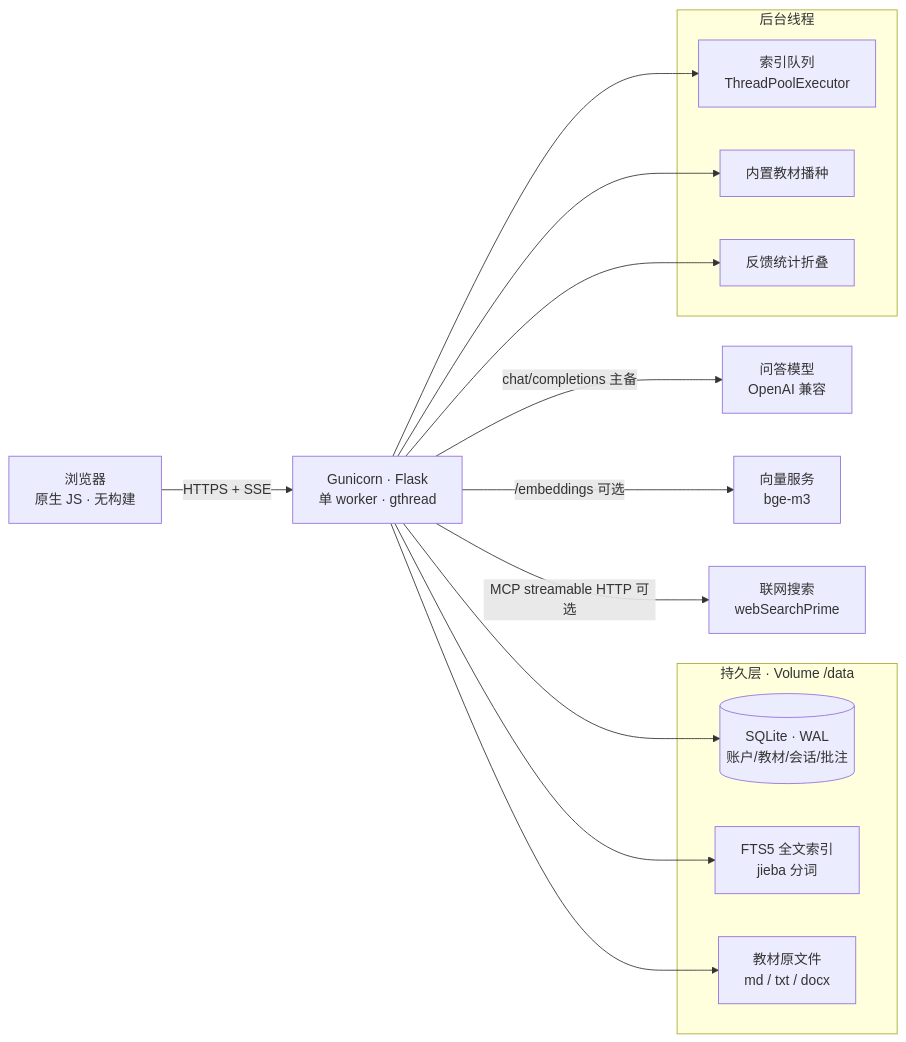
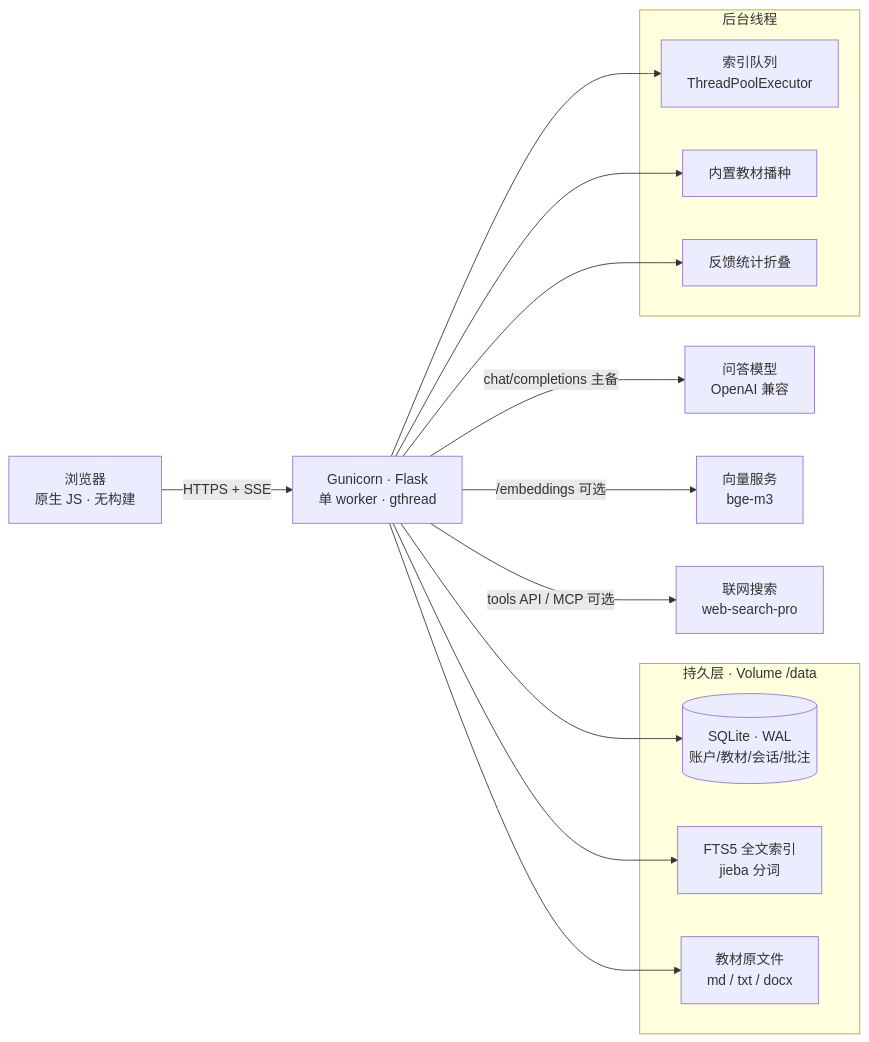
The first of 4 diagrams in README.zh-CN.md (Zafer-Liu/book-learning), drawn with Mermaid before and after one commit. The commit also changed other lines of this file and 4 other files, not shown here.

Commit message:
联网搜索默认改走智谱 tools API,普通 API Key 直接可用

````diff
--- a/README.zh-CN.md
+++ b/README.zh-CN.md
@@ -22,23 +22,23 @@
 ```mermaid
 flowchart LR
     B["浏览器<br/>原生 JS · 无构建"] -->|"HTTPS + SSE"| G["Gunicorn · Flask<br/>单 worker · gthread"]
     subgraph DATA["持久层 · Volume /data"]
         DB[("SQLite · WAL<br/>账户/教材/会话/批注")]
         FTS["FTS5 全文索引<br/>jieba 分词"]
         SRC["教材原文件<br/>md / txt / docx"]
     end
     subgraph BG["后台线程"]
         IX["索引队列<br/>ThreadPoolExecutor"]
         SEED["内置教材播种"]
         STATS["反馈统计折叠"]
     end
     G --> DB
     G --> FTS
     G --> SRC
     G --> IX
     G --> SEED
     G --> STATS
     G -->|"chat/completions 主备"| LLM["问答模型<br/>OpenAI 兼容"]
     G -->|"/embeddings 可选"| EMB["向量服务<br/>bge-m3"]
-    G -->|"MCP streamable HTTP 可选"| MCP["联网搜索<br/>webSearchPrime"]
+    G -->|"tools API / MCP 可选"| MCP["联网搜索<br/>web-search-pro"]
 ```
````
